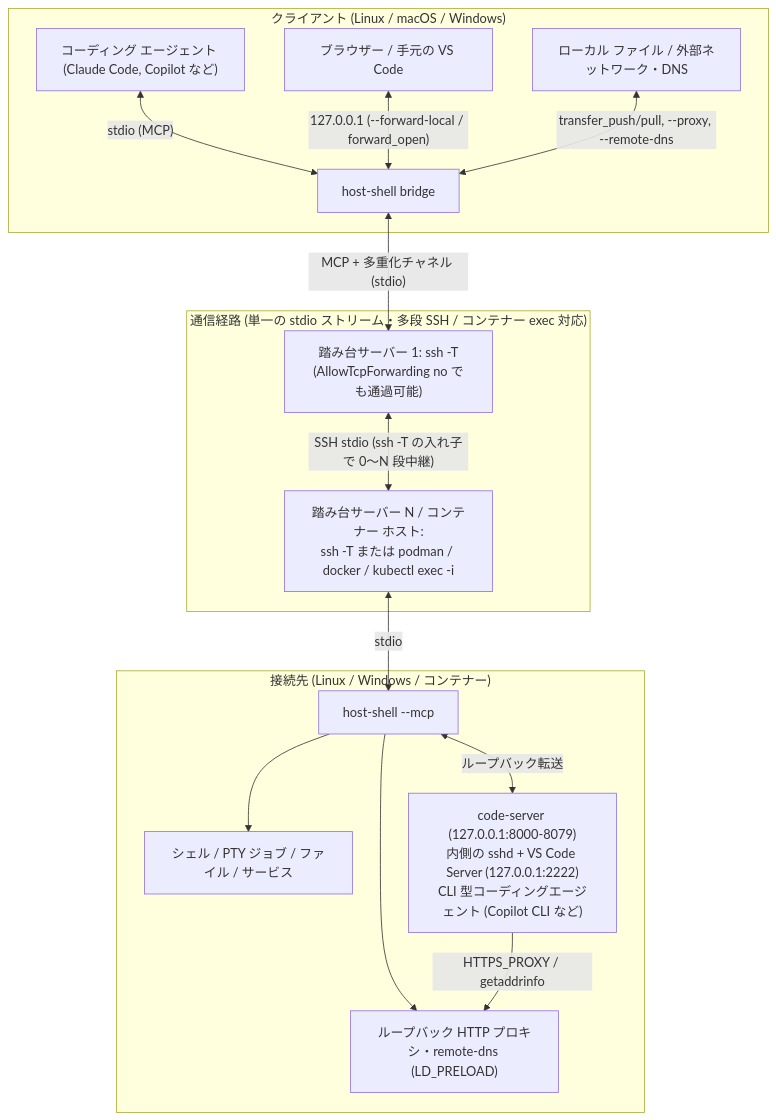
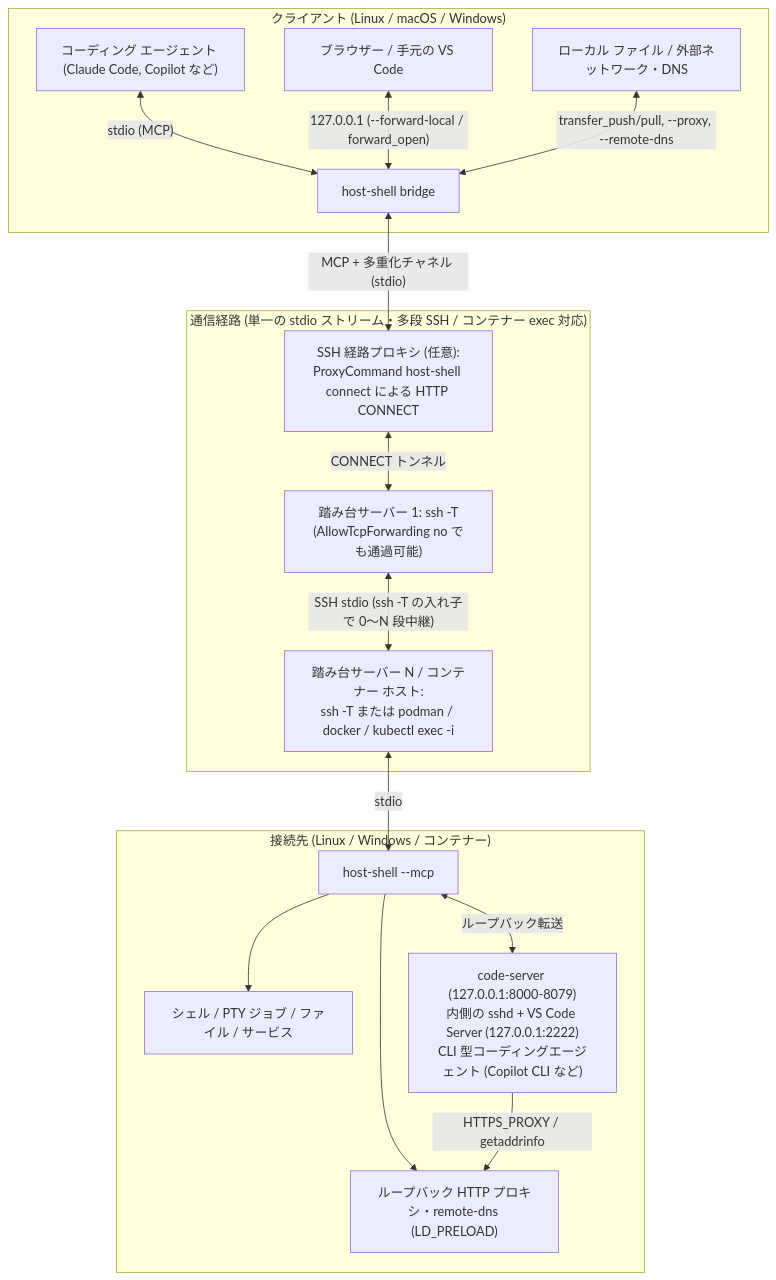
One commit to Hondarer/host-shell-mcp changed the second of 2 diagrams in README.md. Above: the diagram before and after it, drawn with Mermaid. The commit also changed other lines of this file and 40 other files, not shown here.

First line of the commit message:
feat: add host-shell connect for SSH route proxies

````diff
--- a/README.md
+++ b/README.md
@@ -222,32 +226,34 @@
 ```mermaid
 flowchart TB
     subgraph Client["クライアント (Linux / macOS / Windows)"]
         Agent["コーディング エージェント (Claude Code, Copilot など)"]
         Browser["ブラウザー / 手元の VS Code"]
         LocalRes["ローカル ファイル / 外部ネットワーク・DNS"]
         Bridge["host-shell bridge"]
         Agent <-->|"stdio (MCP)"| Bridge
         Browser <-->|"127.0.0.1 (--forward-local / forward_open)"| Bridge
         LocalRes <-->|"transfer_push/pull, --proxy, --remote-dns"| Bridge
     end
 
     subgraph Route["通信経路 (単一の stdio ストリーム・多段 SSH / コンテナー exec 対応)"]
+        RouteProxy["SSH 経路プロキシ (任意):<br/>ProxyCommand host-shell connect による HTTP CONNECT"]
         Hop1["踏み台サーバー 1: ssh -T<br/>(AllowTcpForwarding no でも通過可能)"]
+        RouteProxy <-->|"CONNECT トンネル"| Hop1
         HopN["踏み台サーバー N / コンテナー ホスト:<br/>ssh -T または podman / docker / kubectl exec -i"]
         Hop1 <-->|"SSH stdio (ssh -T の入れ子で 0〜N 段中継)"| HopN
     end
 
     subgraph Target["接続先 (Linux / Windows / コンテナー)"]
         HS["host-shell --mcp"]
         OS["シェル / PTY ジョブ / ファイル / サービス"]
         ProxyDNS["ループバック HTTP プロキシ・remote-dns (LD_PRELOAD)"]
         IDEs["code-server (127.0.0.1:8000-8079)<br/>内側の sshd + VS Code Server (127.0.0.1:2222)<br/>CLI 型コーディングエージェント (Copilot CLI など)"]
         HS --> OS
         HS --> ProxyDNS
         HS <-->|"ループバック転送"| IDEs
         IDEs -->|"HTTPS_PROXY / getaddrinfo"| ProxyDNS
     end
 
-    Bridge <-->|"MCP + 多重化チャネル (stdio)"| Hop1
+    Bridge <-->|"MCP + 多重化チャネル (stdio)"| RouteProxy
     HopN <-->|"stdio"| HS
 ```
````
